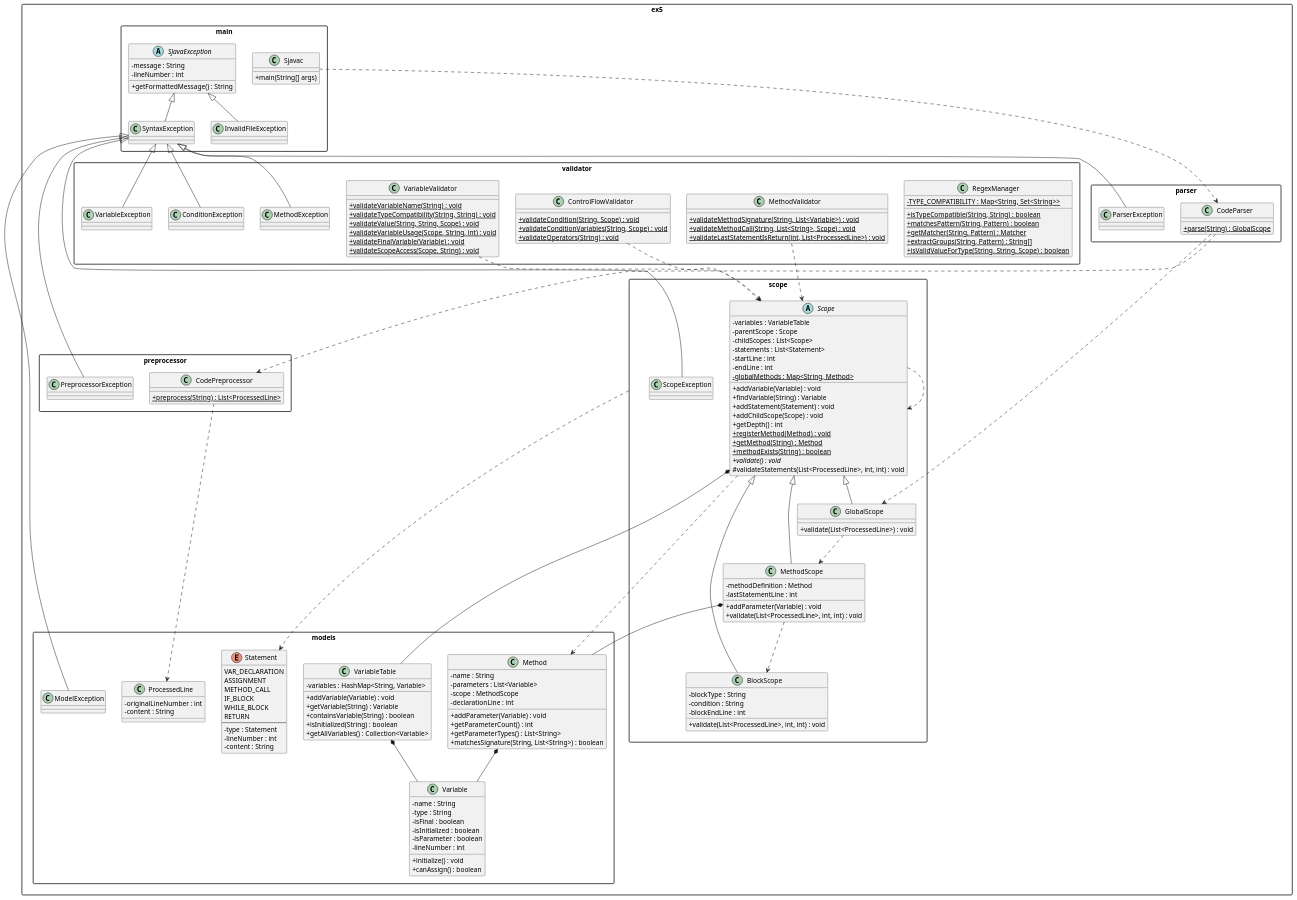
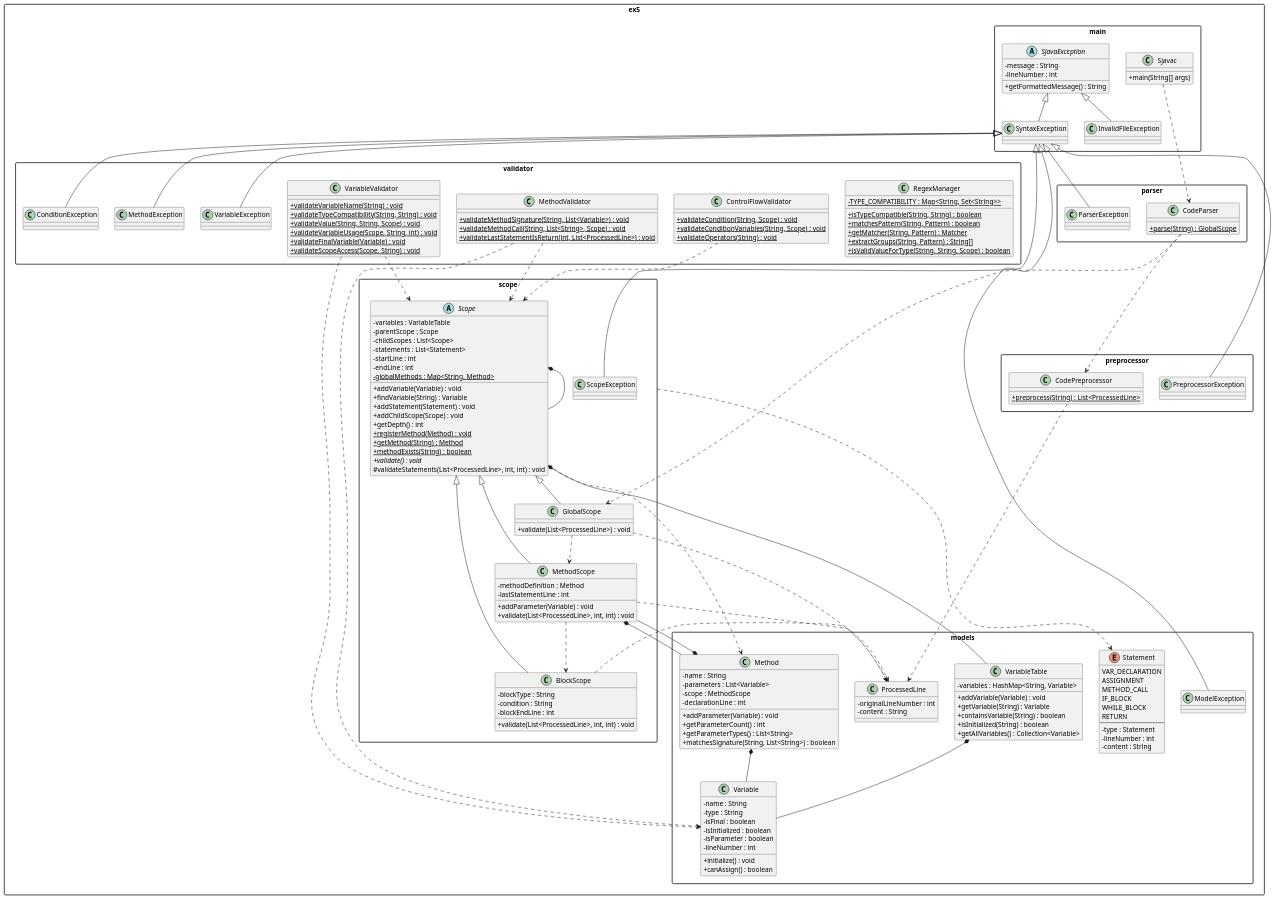
The diagram in UML.puml (asafGiat/oopex5), drawn with PlantUML before and after one commit.

Commit message:
last (we wish) commit, now really

```diff
--- a/UML.puml
+++ b/UML.puml
@@ -1,179 +1,185 @@
 @startuml
 ' UML diagram for s-Java verifier architecture
 skinparam packageStyle rectangle
 skinparam shadowing false
 skinparam classAttributeIconSize 0
 
 package "ex5.main" {
   class Sjavac {
     +main(String[] args)
   }
   abstract class SJavaException {
     -message : String
     -lineNumber : int
     +getFormattedMessage() : String
   }
   class InvalidFileException
   class SyntaxException
 }
 
 package "ex5.preprocessor" {
   class CodePreprocessor {
     +{static} preprocess(String) : List<ProcessedLine>
   }
   class PreprocessorException
 }
 
 package "ex5.parser" {
   class CodeParser {
     +{static} parse(String) : GlobalScope
   }
   class ParserException
 }
 
 package "ex5.models" {
   class ProcessedLine {
     -originalLineNumber : int
     -content : String
   }
   class Variable {
     -name : String
     -type : String
     -isFinal : boolean
     -isInitialized : boolean
     -isParameter : boolean
     -lineNumber : int
     +initialize() : void
     +canAssign() : boolean
   }
   class VariableTable {
     -variables : HashMap<String, Variable>
     +addVariable(Variable) : void
     +getVariable(String) : Variable
     +containsVariable(String) : boolean
     +isInitialized(String) : boolean
     +getAllVariables() : Collection<Variable>
   }
   class Method {
     -name : String
     -parameters : List<Variable>
     -scope : MethodScope
     -declarationLine : int
     +addParameter(Variable) : void
     +getParameterCount() : int
     +getParameterTypes() : List<String>
     +matchesSignature(String, List<String>) : boolean
   }
   enum Statement {
     VAR_DECLARATION
     ASSIGNMENT
     METHOD_CALL
     IF_BLOCK
     WHILE_BLOCK
     RETURN
     --
     -type : Statement
     -lineNumber : int
     -content : String
   }
   class ModelException
 }
 
 package "ex5.scope" {
   abstract class Scope {
     -variables : VariableTable
     -parentScope : Scope
     -childScopes : List<Scope>
     -statements : List<Statement>
     -startLine : int
     -endLine : int
     -{static} globalMethods : Map<String, Method>
     +addVariable(Variable) : void
     +findVariable(String) : Variable
     +addStatement(Statement) : void
     +addChildScope(Scope) : void
     +getDepth() : int
     +{static} registerMethod(Method) : void
     +{static} getMethod(String) : Method
     +{static} methodExists(String) : boolean
     +{abstract} validate() : void
     #validateStatements(List<ProcessedLine>, int, int) : void
   }
   class GlobalScope extends Scope {
     +validate(List<ProcessedLine>) : void
   }
   class MethodScope extends Scope {
     -methodDefinition : Method
     -lastStatementLine : int
     +addParameter(Variable) : void
     +validate(List<ProcessedLine>, int, int) : void
   }
   class BlockScope extends Scope {
     -blockType : String
     -condition : String
     -blockEndLine : int
     +validate(List<ProcessedLine>, int, int) : void
   }
   class ScopeException
 }
 
 package "ex5.validator" {
   class RegexManager {
     -{static} TYPE_COMPATIBILITY : Map<String, Set<String>>
     +{static} isTypeCompatible(String, String) : boolean
     +{static} matchesPattern(String, Pattern) : boolean
     +{static} getMatcher(String, Pattern) : Matcher
     +{static} extractGroups(String, Pattern) : String[]
     +{static} isValidValueForType(String, String, Scope) : boolean
   }
   class VariableValidator {
     +{static} validateVariableName(String) : void
     +{static} validateTypeCompatibility(String, String) : void
     +{static} validateValue(String, String, Scope) : void
     +{static} validateVariableUsage(Scope, String, int) : void
     +{static} validateFinalVariable(Variable) : void
     +{static} validateScopeAccess(Scope, String) : void
   }
   class MethodValidator {
     +{static} validateMethodSignature(String, List<Variable>) : void
     +{static} validateMethodCall(String, List<String>, Scope) : void
     +{static} validateLastStatementIsReturn(int, List<ProcessedLine>) : void
   }
   class ControlFlowValidator {
     +{static} validateCondition(String, Scope) : void
     +{static} validateConditionVariables(String, Scope) : void
     +{static} validateOperators(String) : void
   }
   class VariableException
   class MethodException
   class ConditionException
 }
 
 Sjavac ..> CodeParser
 CodeParser ..> CodePreprocessor
 CodeParser ..> GlobalScope
 GlobalScope ..> MethodScope
+GlobalScope ..> ProcessedLine
 MethodScope ..> BlockScope
 Scope *-- VariableTable
-Scope ..> Scope
+Scope *-- Scope
 Scope ..> Method
 CodePreprocessor ..> ProcessedLine
 MethodScope *-- Method
+Method *-- MethodScope
 VariableTable *-- Variable
 Method *-- Variable
 MethodValidator ..> Scope
+MethodValidator ..> Variable
 VariableValidator ..> Scope
+VariableValidator ..> Variable
 ControlFlowValidator ..> Scope
 scope ..> Statement
+BlockScope ..> ProcessedLine
+MethodScope ..> ProcessedLine
 SJavaException <|-- InvalidFileException
 SJavaException <|-- SyntaxException
 SyntaxException <|-- PreprocessorException
 SyntaxException <|-- ParserException
 SyntaxException <|-- ScopeException
 SyntaxException <|-- VariableException
 SyntaxException <|-- MethodException
 SyntaxException <|-- ConditionException
 SyntaxException <|-- ModelException
 
 
 @enduml
```
